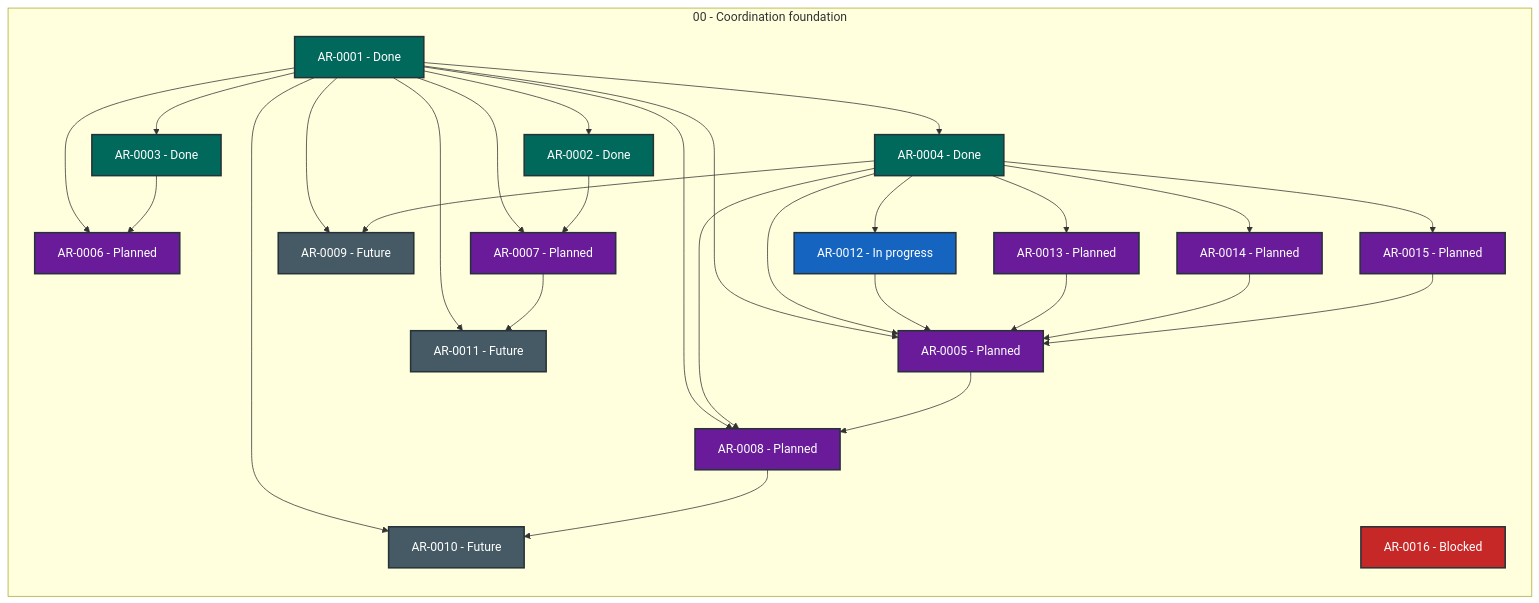
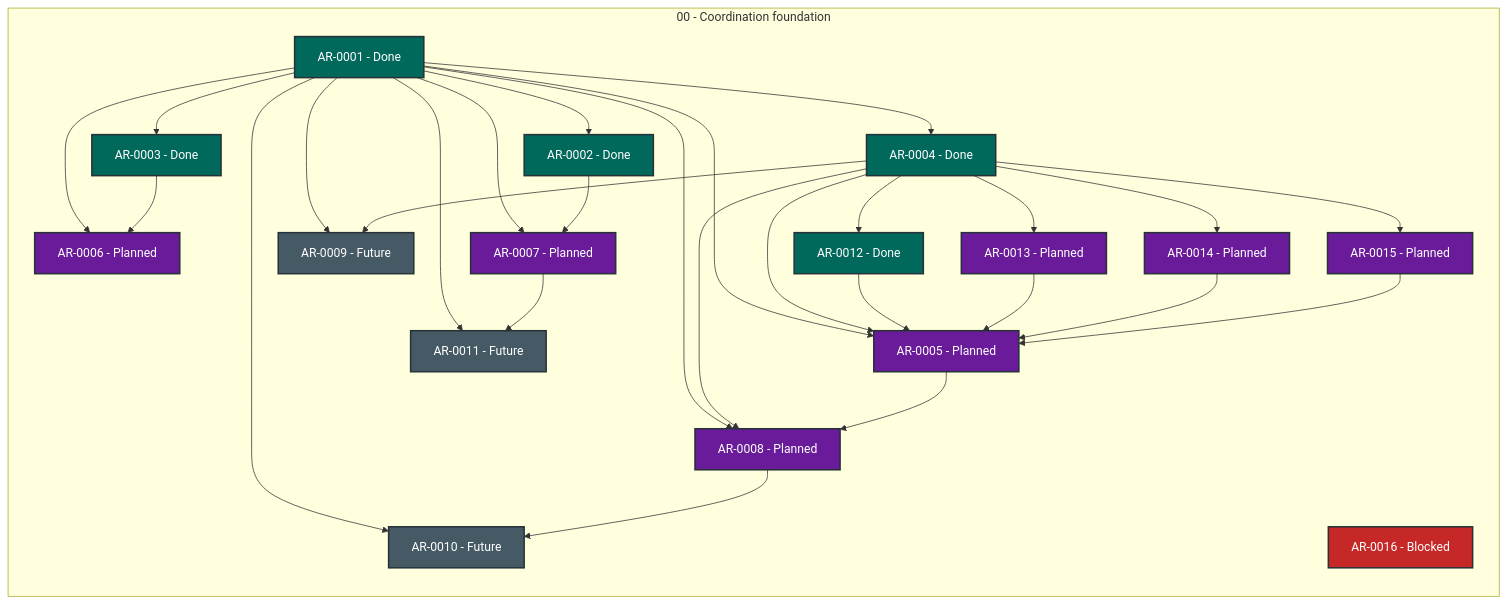
One commit to martin-beck/agent-workflow-quality-state changed the diagram in STATUS.md. Above: the diagram before and after it, drawn with Mermaid. The commit also changed other lines of this file and 2 other files, not shown here.

````diff
--- a/STATUS.md
+++ b/STATUS.md
@@ -27,56 +27,56 @@
 ```mermaid
 flowchart LR
     subgraph series_00["00 - Coordination foundation"]
         direction TB
         AR_0001["AR-0001 - Done"]:::status_done
         AR_0002["AR-0002 - Done"]:::status_done
         AR_0003["AR-0003 - Done"]:::status_done
         AR_0004["AR-0004 - Done"]:::status_done
         AR_0005["AR-0005 - Planned"]:::status_planned
         AR_0006["AR-0006 - Planned"]:::status_planned
         AR_0007["AR-0007 - Planned"]:::status_planned
         AR_0008["AR-0008 - Planned"]:::status_planned
         AR_0009["AR-0009 - Future"]:::status_future
         AR_0010["AR-0010 - Future"]:::status_future
         AR_0011["AR-0011 - Future"]:::status_future
-        AR_0012["AR-0012 - In progress"]:::status_in_progress
+        AR_0012["AR-0012 - Done"]:::status_done
         AR_0013["AR-0013 - Planned"]:::status_planned
         AR_0014["AR-0014 - Planned"]:::status_planned
         AR_0015["AR-0015 - Planned"]:::status_planned
         AR_0016["AR-0016 - Blocked"]:::status_blocked
     end
     AR_0001 --> AR_0002
     AR_0001 --> AR_0003
     AR_0001 --> AR_0004
     AR_0001 --> AR_0005
     AR_0001 --> AR_0006
     AR_0001 --> AR_0007
     AR_0001 --> AR_0008
     AR_0001 --> AR_0009
     AR_0001 --> AR_0010
     AR_0001 --> AR_0011
     AR_0002 --> AR_0007
     AR_0003 --> AR_0006
     AR_0004 --> AR_0005
     AR_0004 --> AR_0008
     AR_0004 --> AR_0009
     AR_0004 --> AR_0012
     AR_0004 --> AR_0013
     AR_0004 --> AR_0014
     AR_0004 --> AR_0015
     AR_0005 --> AR_0008
     AR_0007 --> AR_0011
     AR_0008 --> AR_0010
     AR_0012 --> AR_0005
     AR_0013 --> AR_0005
     AR_0014 --> AR_0005
     AR_0015 --> AR_0005
     classDef status_in_progress fill:#1565c0,color:#ffffff,stroke:#263238,stroke-width:2px
     classDef status_open fill:#2e7d32,color:#ffffff,stroke:#263238,stroke-width:2px
     classDef status_blocked fill:#c62828,color:#ffffff,stroke:#263238,stroke-width:2px
     classDef status_planned fill:#6a1b9a,color:#ffffff,stroke:#263238,stroke-width:2px
     classDef status_future fill:#455a64,color:#ffffff,stroke:#263238,stroke-width:2px
     classDef status_done fill:#00695c,color:#ffffff,stroke:#263238,stroke-width:2px
     classDef status_cancelled fill:#616161,color:#ffffff,stroke:#263238,stroke-width:2px
     classDef status_superseded fill:#5d4037,color:#ffffff,stroke:#263238,stroke-width:2px
 ```
````
